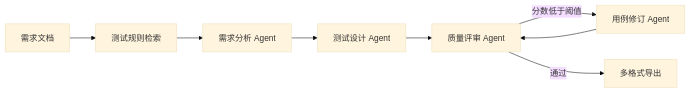
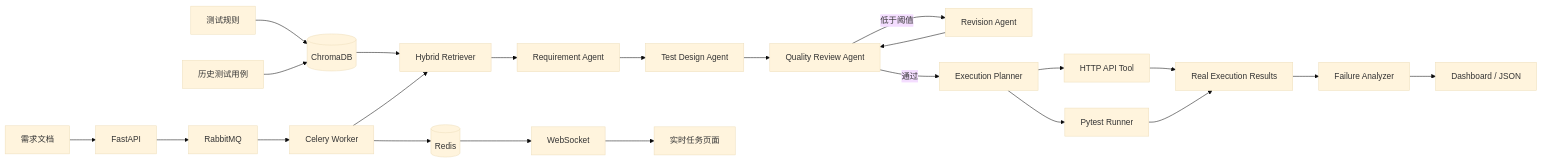
Before and after one commit to xingqianyue268-alt/req2test-agent: the diagram in README.md, drawn with Mermaid (base theme). The commit also changed other lines of this file and 33 other files, not shown here.

First line of the commit message:
feat: upgrade Req2Test into an AI test execution platform

````diff
--- a/README.md
+++ b/README.md
@@ -20,10 +37,29 @@
 ```mermaid
 flowchart LR
-    A[需求文档] --> B[测试规则检索]
-    B --> C[需求分析 Agent]
-    C --> D[测试设计 Agent]
-    D --> E[质量评审 Agent]
-    E -->|分数低于阈值| F[用例修订 Agent]
-    F --> E
-    E -->|通过| G[多格式导出]
+    A[需求文档] --> API[FastAPI]
+    API --> MQ[RabbitMQ]
+    MQ --> W[Celery Worker]
+
+    Rules[测试规则] --> VDB[(ChromaDB)]
+    Cases[历史测试用例] --> VDB
+    VDB --> RAG[Hybrid Retriever]
+
+    W --> RAG
+    RAG --> RA[Requirement Agent]
+    RA --> TD[Test Design Agent]
+    TD --> QR[Quality Review Agent]
+    QR -->|低于阈值| RV[Revision Agent]
+    RV --> QR
+
+    QR -->|通过| P[Execution Planner]
+    P --> HT[HTTP API Tool]
+    P --> PT[Pytest Runner]
+    HT --> ER[Real Execution Results]
+    PT --> ER
+    ER --> FA[Failure Analyzer]
+    FA --> OUT[Dashboard / JSON]
+
+    W --> Redis[(Redis)]
+    Redis --> WS[WebSocket]
+    WS --> UI[实时任务页面]
 ```
````
